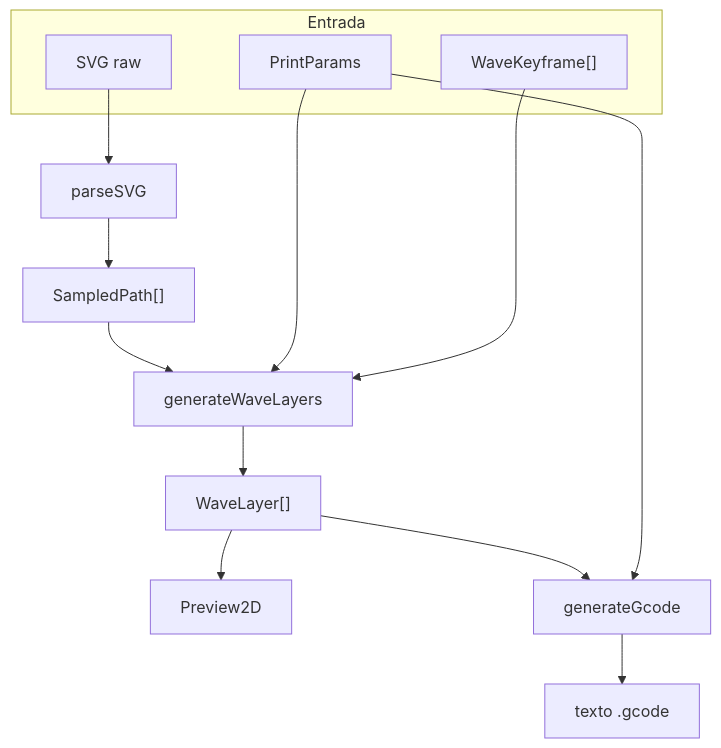
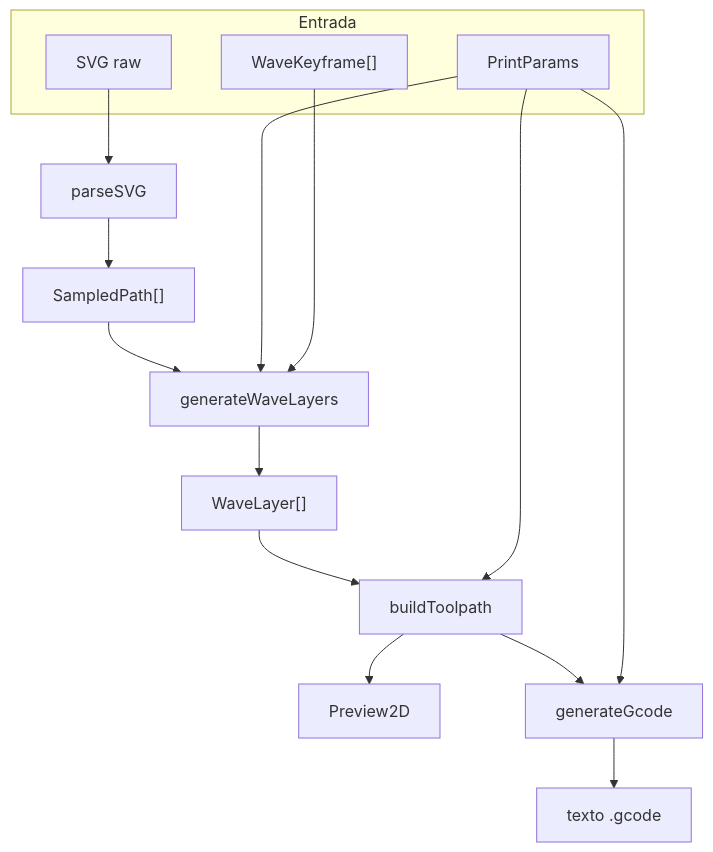
Before and after one commit to Cranmellar/barrocode: the first of 3 diagrams in docs/architecture.md, drawn with Mermaid. The commit also changed other lines of this file and 6 other files, not shown here.

First line of the commit message:
refactor: share one mm toolpath between G-code and preview

````diff
--- a/docs/architecture.md
+++ b/docs/architecture.md
@@ -7,19 +7,21 @@
 ```mermaid
 flowchart TD
   subgraph Entrada
     SVG["SVG raw"]
     Params["PrintParams"]
     Kf["WaveKeyframe[]"]
   end
 
   SVG --> Parse["parseSVG"]
   Parse --> Sample["SampledPath[]"]
   Sample --> Wave["generateWaveLayers"]
   Params --> Wave
   Kf --> Wave
   Wave --> Layers["WaveLayer[]"]
-  Layers --> Preview["Preview2D"]
-  Layers --> Gcode["generateGcode"]
+  Layers --> Toolpath["buildToolpath"]
+  Params --> Toolpath
+  Toolpath --> Preview["Preview2D"]
+  Toolpath --> Gcode["generateGcode"]
   Params --> Gcode
   Gcode --> Out["texto .gcode"]
 ```
````
